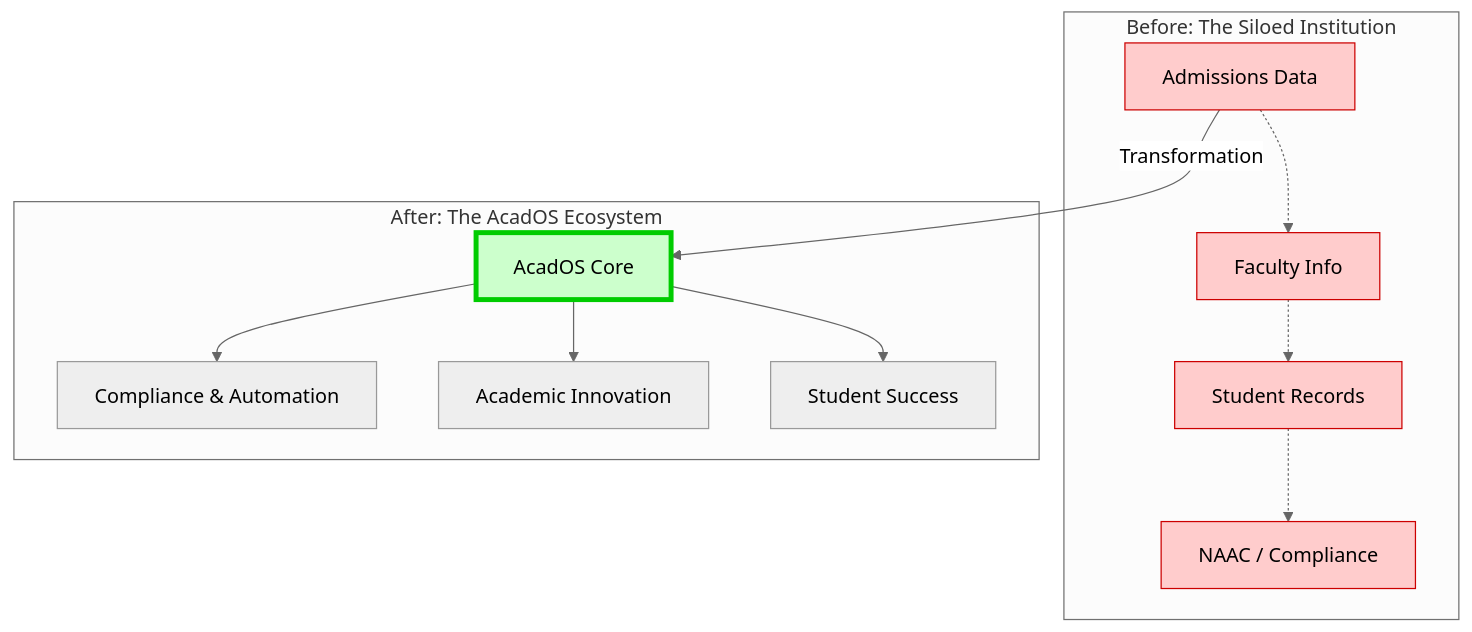
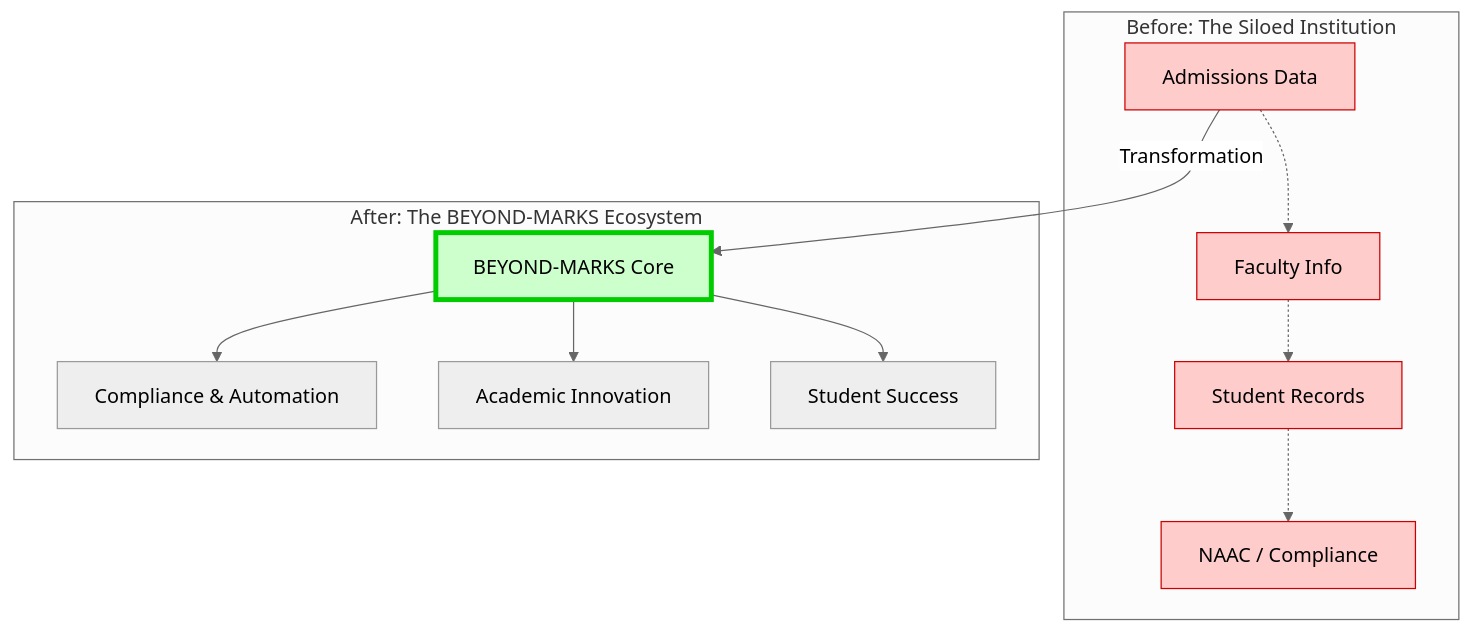
Before and after one commit to ayushvasawade/beyond-marks: the diagram in README.md, drawn with Mermaid (neutral theme). The commit also changed other lines of this file, not shown here.

````diff
--- a/README.md
+++ b/README.md
@@ -58,29 +58,29 @@
 ```mermaid
 graph TD
     subgraph "Before: The Siloed Institution"
         A["Admissions Data"]
         F["Faculty Info"]
         S["Student Records"]
         N["NAAC / Compliance"]
 
         A -.-> F
         F -.-> S
         S -.-> N
     end
 
-    subgraph "After: The AcadOS Ecosystem"
-        CORE["AcadOS Core"]
+    subgraph "After: The BEYOND-MARKS Ecosystem"
+        CORE["BEYOND-MARKS Core"]
         CORE --> MOD1["Compliance & Automation"]
         CORE --> MOD2["Academic Innovation"]
         CORE --> MOD3["Student Success"]
     end
 
     A -- "Transformation" --> CORE
     
     style A fill:#ffcccc,stroke:#c00
     style F fill:#ffcccc,stroke:#c00
     style S fill:#ffcccc,stroke:#c00
     style N fill:#ffcccc,stroke:#c00
     style CORE fill:#ccffcc,stroke:#0c0,stroke-width:4px
 
 ```
````
